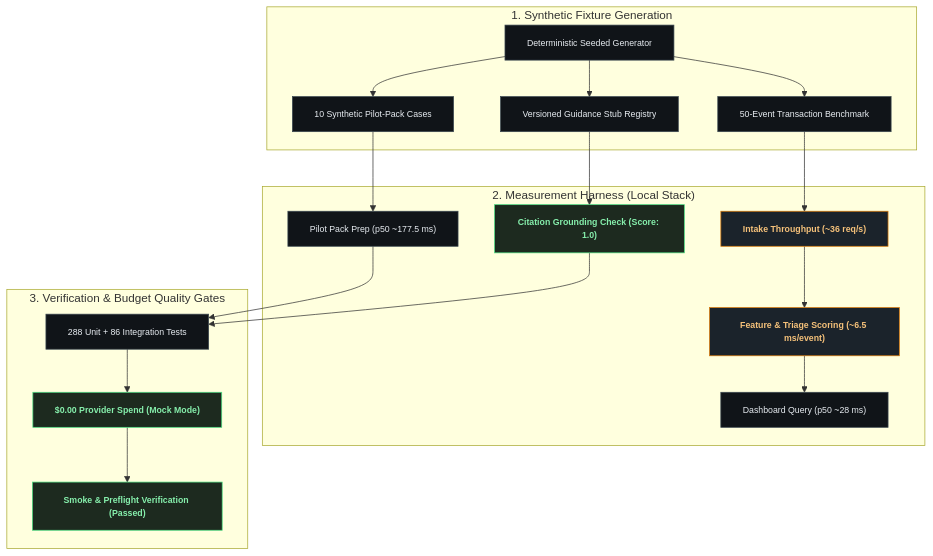
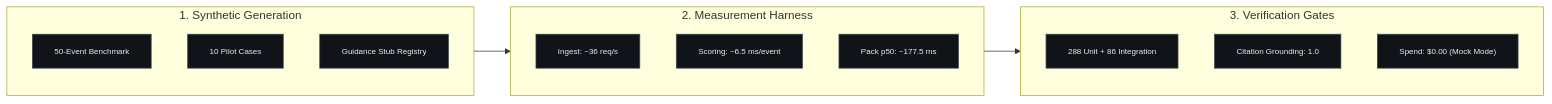
The diagram in EVALUATION.md (jeevesh2515/finsentinel-case-study), drawn with Mermaid before and after one commit. The commit also changed 3 other files, not shown here.

Commit message:
docs: optimize Mermaid diagrams for single-window mobile and desktop view

````diff
--- a/EVALUATION.md
+++ b/EVALUATION.md
@@ -19,30 +19,28 @@
 ```mermaid
-flowchart TD
-    subgraph DataGen["1. Synthetic Fixture Generation"]
-        SEED["Deterministic Seeded Generator"] --> TXNS["50-Event Transaction Benchmark"]
-        SEED --> CASES["10 Synthetic Pilot-Pack Cases"]
-        SEED --> STUB["Versioned Guidance Stub Registry"]
+flowchart LR
+    subgraph DataGen["1. Synthetic Generation"]
+        direction TB
+        G1["50-Event Benchmark"]
+        G2["10 Pilot Cases"]
+        G3["Guidance Stub Registry"]
     end
 
-    subgraph Harness["2. Measurement Harness (Local Stack)"]
-        TXNS --> INGEST["Intake Throughput (~36 req/s)"]
-        INGEST --> SCORING["Feature & Triage Scoring (~6.5 ms/event)"]
-        SCORING --> DASH["Dashboard Query (p50 ~28 ms)"]
-        CASES --> PACKS["Pilot Pack Prep (p50 ~177.5 ms)"]
-        STUB --> GROUND["Citation Grounding Check (Score: 1.0)"]
+    subgraph Harness["2. Measurement Harness"]
+        direction TB
+        H1["Ingest: ~36 req/s"]
+        H2["Scoring: ~6.5 ms/event"]
+        H3["Pack p50: ~177.5 ms"]
     end
 
-    subgraph Gates["3. Verification & Budget Quality Gates"]
-        PACKS --> SUITE["288 Unit + 86 Integration Tests"]
-        GROUND --> SUITE
-        SUITE --> SPEND["$0.00 Provider Spend (Mock Mode)"]
-        SPEND --> SMOKE["Smoke & Preflight Verification (Passed)"]
+    subgraph Gates["3. Verification Gates"]
+        direction TB
+        V1["288 Unit + 86 Integration"]
+        V2["Citation Grounding: 1.0"]
+        V3["Spend: $0.00 (Mock Mode)"]
     end
 
-    classDef default fill:#101418,stroke:#3a4750,color:#e8edf2,font-size:12px;
-    classDef highlight fill:#1b232b,stroke:#d97706,color:#f5c17a,font-weight:bold;
-    classDef verified fill:#1d2a1f,stroke:#4ade80,color:#86efac,font-weight:bold;
+    DataGen --> Harness --> Gates
 
-    class GROUND,SPEND,SMOKE verified;
-    class INGEST,SCORING highlight;
+    classDef box fill:#101418,stroke:#3a4750,color:#e8edf2,font-size:11px;
+    class G1,G2,G3,H1,H2,H3,V1,V2,V3 box;
 ```
````
